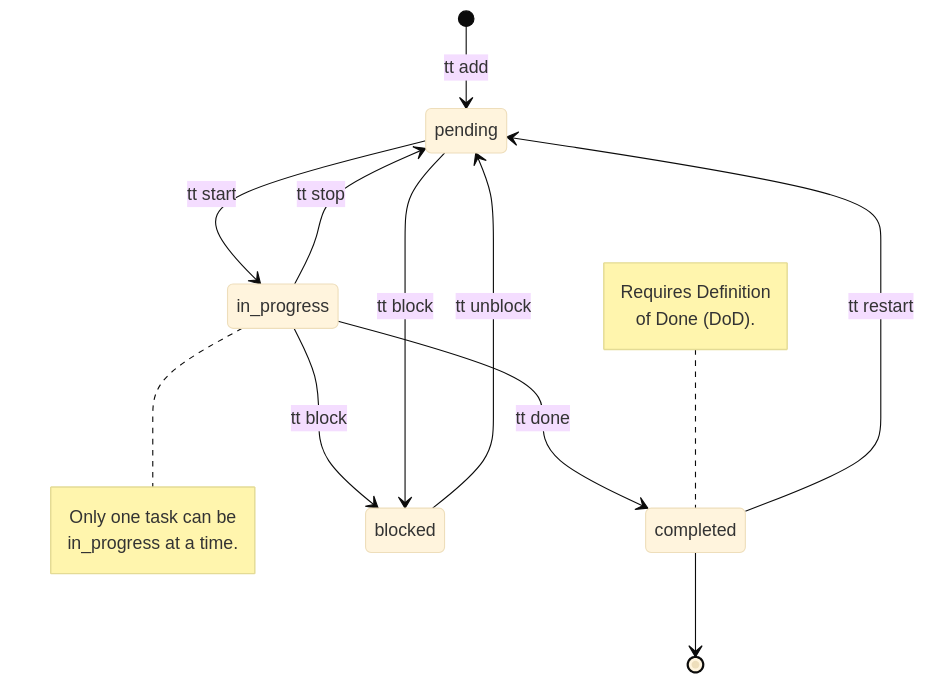
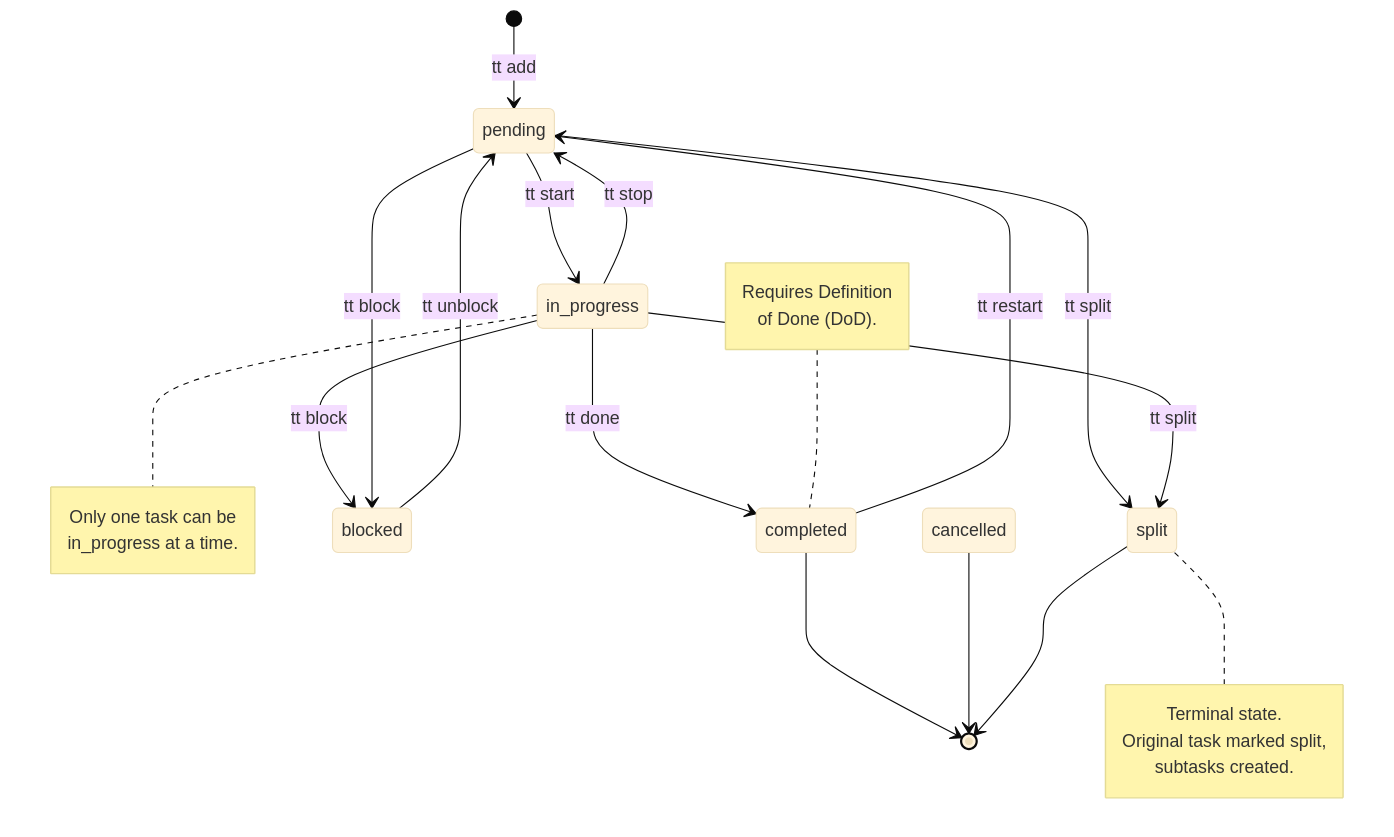
One commit to hivemind-ai-core/tasktracker changed the fourth of 6 diagrams in SPEC.md. Above: the diagram before and after it, drawn with Mermaid (base theme). The commit also changed other lines of this file and 5 other files, not shown here.

````diff
--- a/SPEC.md
+++ b/SPEC.md
@@ -153,28 +153,39 @@
 ```mermaid
 stateDiagram-v2
     [*] --> pending: tt add
     
     pending --> in_progress: tt start
     in_progress --> pending: tt stop
     
     in_progress --> completed: tt done
     
     in_progress --> blocked: tt block
     pending --> blocked: tt block
     
     blocked --> pending: tt unblock
     
     completed --> pending: tt restart
     
+    pending --> split: tt split
+    in_progress --> split: tt split
+    
     completed --> [*]
+    cancelled --> [*]
+    split --> [*]
 
     note right of in_progress
         Only one task can be 
         in_progress at a time.
     end note
 
     note left of completed
         Requires Definition 
         of Done (DoD).
     end note
+
+    note right of split
+        Terminal state.
+        Original task marked split,
+        subtasks created.
+    end note
 ```
````
